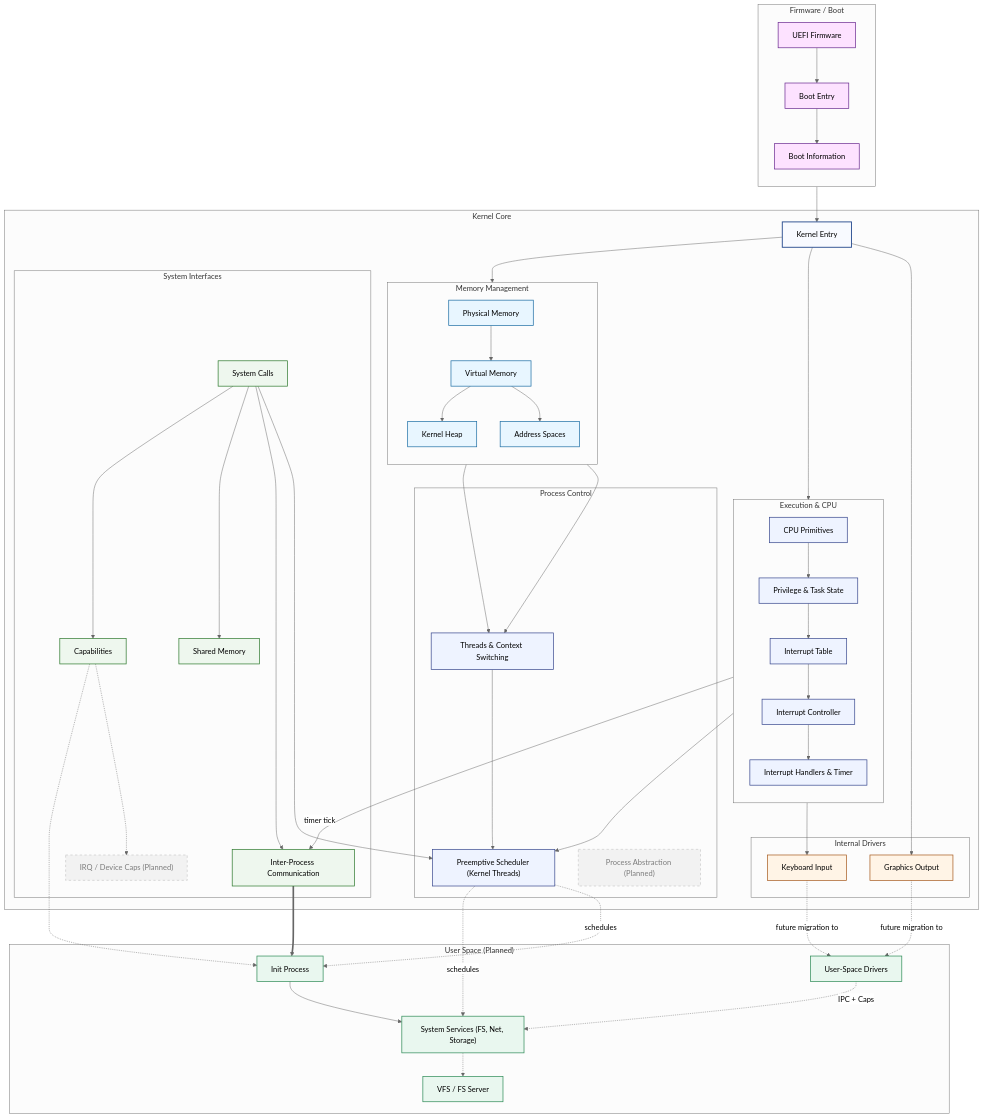
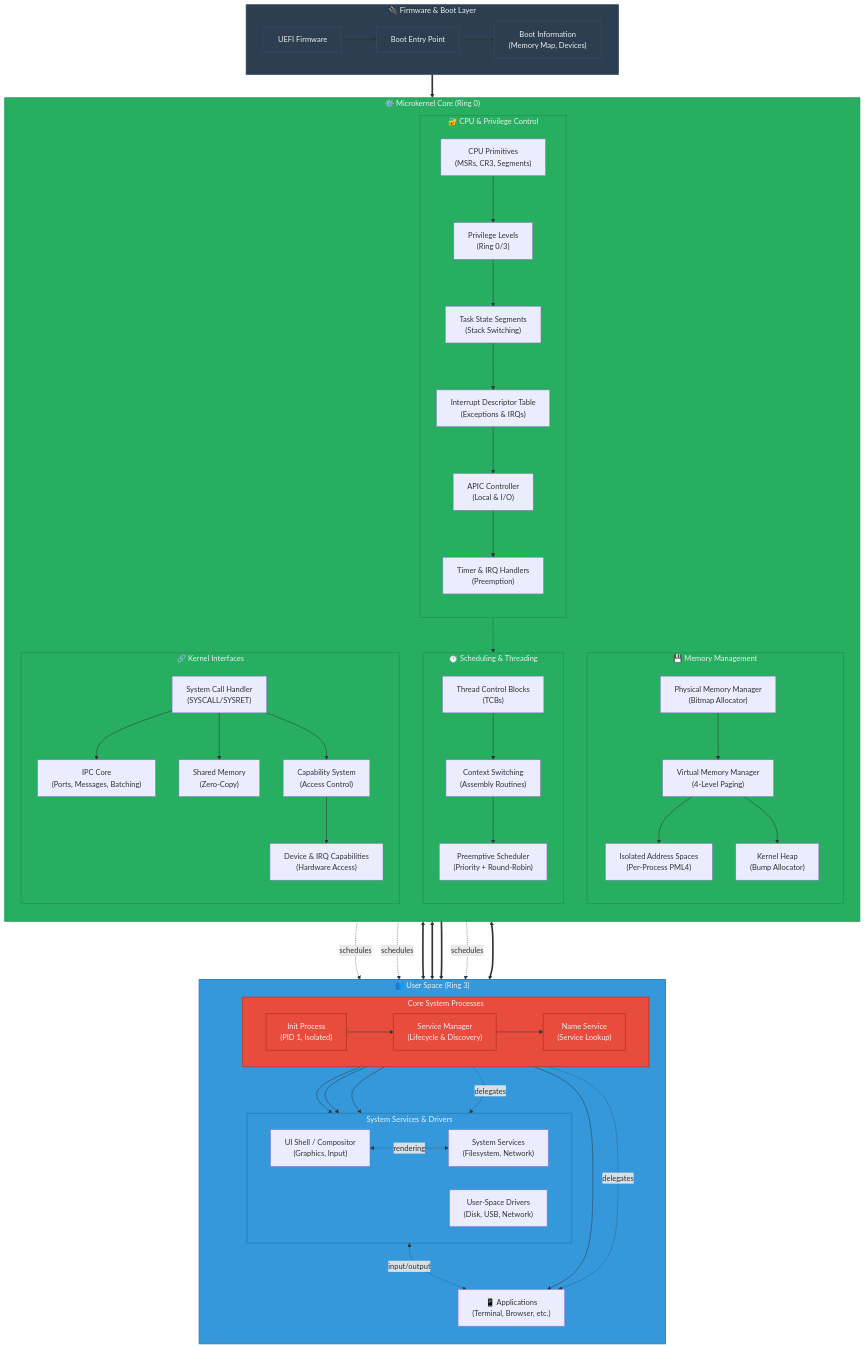
The diagram in README.md (fpedrolucas95/Atom), drawn with Mermaid before and after one commit.

`````diff
--- a/README.md
+++ b/README.md
@@ -21,154 +21,150 @@
 ```mermaid
----
-config:
-  layout: dagre
-  look: classic
-  theme: neutral
----
 flowchart TB
- subgraph Firmware["Firmware / Boot"]
-    direction TB
+    %% ============================================================================
+    %% FIRMWARE & BOOT LAYER
+    %% ============================================================================
+    subgraph Firmware["🔌 Firmware & Boot Layer"]
+        direction LR
         FW["UEFI Firmware"]
-        BootEntry["Boot Entry"]
-        BootInfo["Boot Information"]
-  end
+        BootEntry["Boot Entry Point"]
+        BootInfo["Boot Information<br/>(Memory Map, Devices)"]
+        
+        FW --> BootEntry --> BootInfo
+    end
 
- subgraph Memory["Memory Management"]
-    direction TB
-        PhysMem["Physical Memory"]
-        VirtMem["Virtual Memory"]
-        KHeap["Kernel Heap"]
-        AddrSpace["Address Spaces"]
-  end
+    %% ============================================================================
+    %% MICROKERNEL CORE
+    %% ============================================================================
+    subgraph Kernel["⚙️ Microkernel Core (Ring 0)"]
+        direction TB
+        
+        %% Memory Management Subsystem
+        subgraph Memory["💾 Memory Management"]
+            direction TB
+            PhysMem["Physical Memory Manager<br/>(Bitmap Allocator)"]
+            VirtMem["Virtual Memory Manager<br/>(4-Level Paging)"]
+            AddrSpace["Isolated Address Spaces<br/>(Per-Process PML4)"]
+            KHeap["Kernel Heap<br/>(Bump Allocator)"]
+            
+            PhysMem --> VirtMem
+            VirtMem --> AddrSpace
+            VirtMem --> KHeap
+        end
+        
+        %% CPU & Privilege Control
+        subgraph Execution["🔐 CPU & Privilege Control"]
+            direction TB
+            CPU["CPU Primitives<br/>(MSRs, CR3, Segments)"]
+            Priv["Privilege Levels<br/>(Ring 0/3)"]
+            TSS["Task State Segments<br/>(Stack Switching)"]
+            IDT["Interrupt Descriptor Table<br/>(Exceptions & IRQs)"]
+            APIC["APIC Controller<br/>(Local & I/O)"]
+            Timer["Timer & IRQ Handlers<br/>(Preemption)"]
+            
+            CPU --> Priv
+            Priv --> TSS
+            TSS --> IDT
+            IDT --> APIC
+            APIC --> Timer
+        end
+        
+        %% Scheduling Subsystem
+        subgraph Scheduling["⏱️ Scheduling & Threading"]
+            direction TB
+            Threads["Thread Control Blocks<br/>(TCBs)"]
+            Context["Context Switching<br/>(Assembly Routines)"]
+            Scheduler["Preemptive Scheduler<br/>(Priority + Round-Robin)"]
+            
+            Threads --> Context
+            Context --> Scheduler
+            Timer -.-> Scheduler
+        end
+        
+        %% Kernel Interfaces
+        subgraph Interfaces["🔗 Kernel Interfaces"]
+            direction TB
+            Syscalls["System Call Handler<br/>(SYSCALL/SYSRET)"]
+            IPC["IPC Core<br/>(Ports, Messages, Batching)"]
+            Shm["Shared Memory<br/>(Zero-Copy)"]
+            Caps["Capability System<br/>(Access Control)"]
+            IRQCaps["Device & IRQ Capabilities<br/>(Hardware Access)"]
+            
+            Syscalls --> IPC
+            Syscalls --> Shm
+            Syscalls --> Caps
+            Caps --> IRQCaps
+        end
+    end
 
- subgraph Execution["Execution & CPU"]
-    direction TB
-        CPU["CPU Primitives"]
-        Priv["Privilege & Task State"]
-        IDT["Interrupt Table"]
-        IntCtrl["Interrupt Controller"]
-        Handlers["Interrupt Handlers & Timer"]
-  end
+    %% ============================================================================
+    %% USER SPACE LAYER
+    %% ============================================================================
+    subgraph UserSpace["👥 User Space (Ring 3)"]
+        direction TB
+        
+        %% Core System Processes
+        subgraph CoreProc["Core System Processes"]
+            direction LR
+            Init["Init Process<br/>(PID 1, Isolated)"]
+            ServiceMgr["Service Manager<br/>(Lifecycle & Discovery)"]
+            NameSvc["Name Service<br/>(Service Lookup)"]
+        end
+        
+        %% System Services & Drivers
+        subgraph SystemLayer["System Services & Drivers"]
+            direction LR
+            UI["UI Shell / Compositor<br/>(Graphics, Input)"]
+            UserDrivers["User-Space Drivers<br/>(Disk, USB, Network)"]
+            Services["System Services<br/>(Filesystem, Network)"]
+        end
+        
+        %% Applications
+        Apps["📱 Applications<br/>(Terminal, Browser, etc.)"]
+        
+        Init --> ServiceMgr
+        ServiceMgr --> NameSvc
+        ServiceMgr --> UI
+        ServiceMgr --> UserDrivers
+        ServiceMgr --> Services
+        ServiceMgr --> Apps
+    end
 
- subgraph Scheduling["Process Control"]
-        Context["Threads & Context Switching"]
-        Scheduler["Preemptive Scheduler (Kernel Threads)"]
-        Proc["Process Abstraction (Planned)"]
-  end
+    %% ============================================================================
+    %% CROSS-LAYER CONNECTIONS
+    %% ============================================================================
+    
+    %% Boot Flow
+    BootInfo ==> Kernel
+    
+    %% Kernel to User Space
+    Scheduler -.schedules.-> Init
+    Scheduler -.schedules.-> SystemLayer
+    Scheduler -.schedules.-> Apps
+    
+    %% IPC Connections
+    IPC <===> Init
+    IPC <===> SystemLayer
+    IPC <===> Apps
+    
+    %% Capability Distribution
+    Caps ==> Init
+    Init -.delegates.-> SystemLayer
+    Init -.delegates.-> Apps
+    
+    %% UI to Applications
+    UI <-.input/output.-> Apps
+    UI <-.rendering.-> Services
 
- subgraph KServices["System Interfaces"]
-        Syscalls["System Calls"]
-        IPC["Inter-Process Communication"]
-        Shm["Shared Memory"]
-        Caps["Capabilities"]
-        IRQCaps["IRQ / Device Caps (Planned)"]
-  end
-
- subgraph KDrivers["Internal Drivers"]
-        Graphics["Graphics Output"]
-        Input["Keyboard Input"]
-  end
-
- subgraph Kernel["Kernel Core"]
-        KernelInit["Kernel Entry"]
-        Memory
-        Execution
-        Scheduling
-        KServices
-        KDrivers
-  end
-
- subgraph UserSpace["User Space (Planned)"]
-        Init["Init Process"]
-        UserDrivers["User-Space Drivers"]
-        Services["System Services (FS, Net, Storage)"]
-        VFS["VFS / FS Server"]
-  end
-
-    %% Boot flow
-    FW --> BootEntry --> BootInfo --> KernelInit
-
-    %% Memory
-    PhysMem --> VirtMem
-    VirtMem --> KHeap & AddrSpace
-
-    %% CPU / Interrupts
-    CPU --> Priv --> IDT --> IntCtrl --> Handlers
-
-    %% Kernel init fan-out
-    KernelInit --> PhysMem
-    KernelInit --> CPU
-    KernelInit --> Graphics
-
-    %% Scheduling
-    KHeap --> Context
-    AddrSpace --> Context
-    Context --> Scheduler
-    Handlers --> Scheduler
-    Handlers --> Input
-    Scheduler -. schedules .-> Init
-    Scheduler -. schedules .-> Services
-
-    %% Syscalls & IPC
-    Syscalls --> Scheduler
-    Syscalls --> IPC
-    Syscalls --> Shm
-    Syscalls --> Caps
-    Caps -.-> IRQCaps
-
-    Handlers -- timer tick --> IPC
-
-    %% User space (future)
-    IPC ==> Init
-    Caps -.-> Init
-    Init --> Services
-    Services -.-> VFS
-
-    Graphics -. future migration to .-> UserDrivers
-    Input -. future migration to .-> UserDrivers
-    UserDrivers -. IPC + Caps .-> Services
-
-    %% Classes
-     BootInfo:::firmware
-     BootEntry:::firmware
-     FW:::firmware
-
-     PhysMem:::memory
-     VirtMem:::memory
-     KHeap:::memory
-     AddrSpace:::memory
-
-     CPU:::execution
-     Priv:::execution
-     IDT:::execution
-     IntCtrl:::execution
-     Handlers:::execution
-     Context:::execution
-     Scheduler:::execution
-
-     Syscalls:::services
-     IPC:::services
-     Shm:::services
-     Caps:::services
-
-     Graphics:::drivers
-     Input:::drivers
-
-     KernelInit:::kernel
-
-     Init:::user
-     UserDrivers:::user
-     Services:::user
-     VFS:::user
-     Proc:::planned
-     IRQCaps:::planned
-
-    classDef firmware fill:#fde2ff,stroke:#6b2c91,stroke-width:1.5px
-    classDef kernel fill:#f8faff,stroke:#2c4f91,stroke-width:2px
-    classDef memory fill:#e8f6ff,stroke:#1f6fa5,stroke-width:1.5px
-    classDef execution fill:#eef3ff,stroke:#3a4a8f,stroke-width:1.5px
-    classDef services fill:#eef7ee,stroke:#2f7a2f,stroke-width:1.5px
-    classDef drivers fill:#fff4e6,stroke:#a65b1f,stroke-width:1.5px
-    classDef user fill:#e9f7ef,stroke:#2e8b57,stroke-width:1.5px
-    classDef planned opacity:0.7,stroke-dasharray: 5 5
+    %% ============================================================================
+    %% STYLING
+    %% ============================================================================
+    classDef firmwareStyle fill:#2c3e50,stroke:#34495e,stroke-width:2px,color:#ecf0f1
+    classDef kernelStyle fill:#27ae60,stroke:#229954,stroke-width:2px,color:#ecf0f1
+    classDef userStyle fill:#3498db,stroke:#2980b9,stroke-width:2px,color:#ecf0f1
+    classDef coreStyle fill:#e74c3c,stroke:#c0392b,stroke-width:2px,color:#ecf0f1
+    
+    class Firmware,FW,BootEntry,BootInfo firmwareStyle
+    class Kernel,Memory,Execution,Scheduling,Interfaces kernelStyle
+    class UserSpace,SystemLayer userStyle
+    class CoreProc,Init,ServiceMgr,NameSvc coreStyle
 ````
`````
